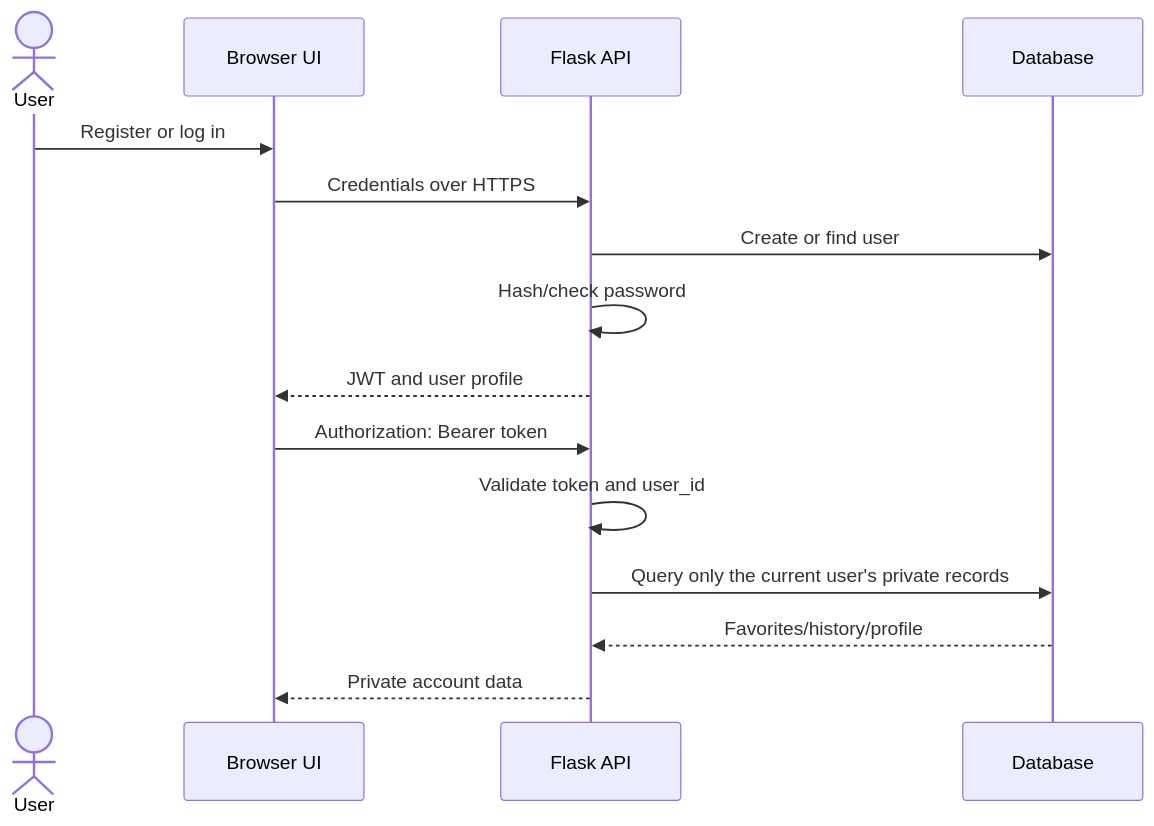
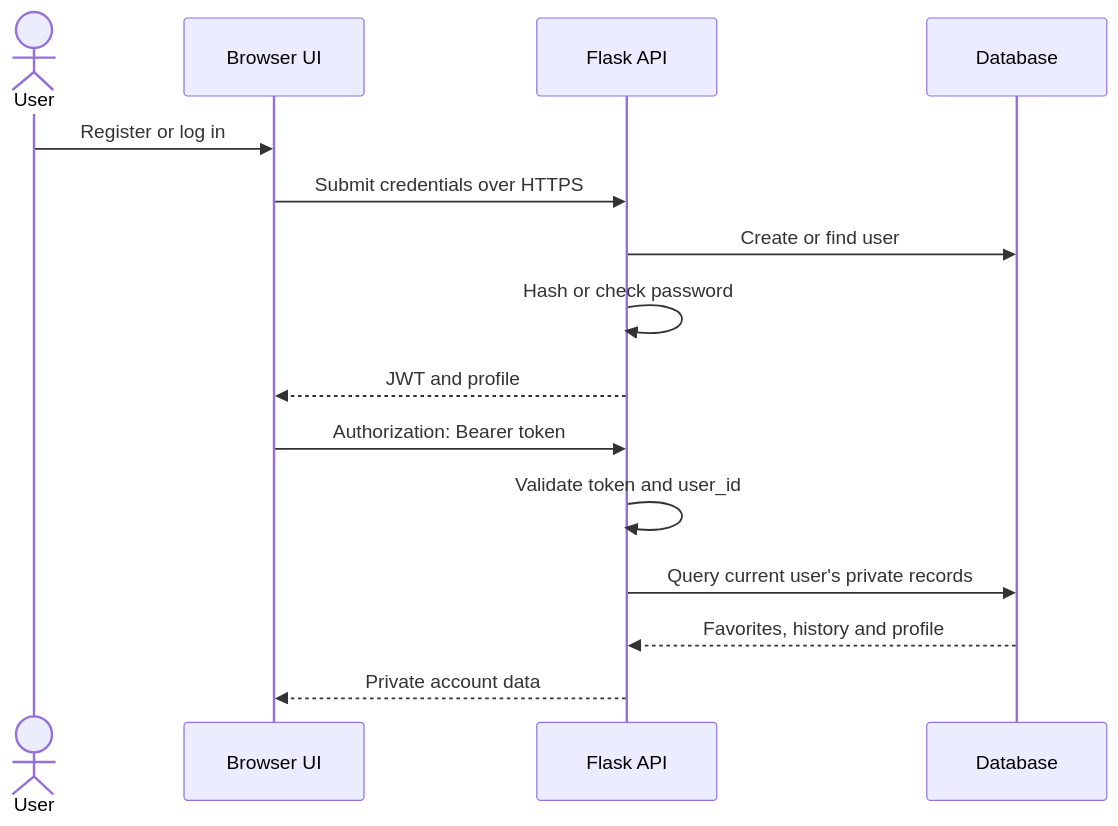
One commit to Chu-Junjie/CP3407-PROJECT changed the fifth of 6 diagrams in docs/v3-design-and-architecture.md. Above: the diagram before and after it, drawn with Mermaid. The commit also changed other lines of this file, not shown here.

````diff
--- a/docs/v3-design-and-architecture.md
+++ b/docs/v3-design-and-architecture.md
@@ -358,18 +336,18 @@
 ```mermaid
 sequenceDiagram
     actor User
     participant UI as Browser UI
     participant API as Flask API
     participant DB as Database
 
     User->>UI: Register or log in
-    UI->>API: Credentials over HTTPS
+    UI->>API: Submit credentials over HTTPS
     API->>DB: Create or find user
-    API->>API: Hash/check password
-    API-->>UI: JWT and user profile
+    API->>API: Hash or check password
+    API-->>UI: JWT and profile
     UI->>API: Authorization: Bearer token
     API->>API: Validate token and user_id
-    API->>DB: Query only the current user's private records
-    DB-->>API: Favorites/history/profile
+    API->>DB: Query current user's private records
+    DB-->>API: Favorites, history and profile
     API-->>UI: Private account data
 ```
````
